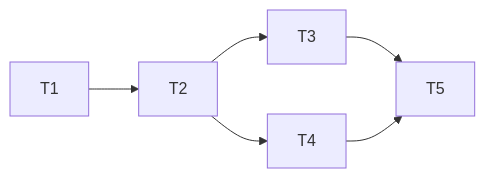
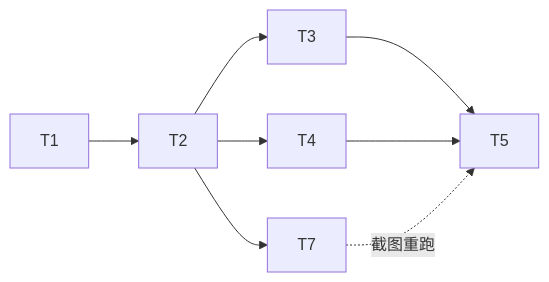
Before and after one commit to cr1992/DayZ: the diagram in specs/active/editor-rich-blocks/tasks.md, drawn with Mermaid. The commit also changed other lines of this file and 3 other files, not shown here.

````diff
--- a/specs/active/editor-rich-blocks/tasks.md
+++ b/specs/active/editor-rich-blocks/tasks.md
@@ -12,8 +12,10 @@
 ```mermaid
 graph LR
   T1 --> T2
   T2 --> T3
   T2 --> T4
   T3 --> T5
   T4 --> T5
+  T2 --> T7
+  T7 -.截图重跑.-> T5
 ```
````
